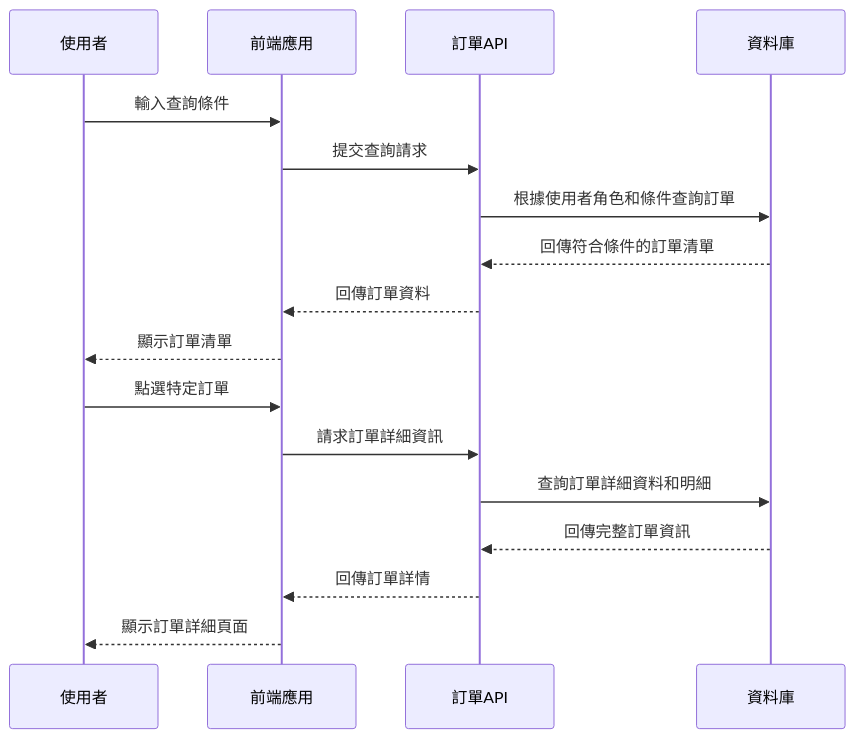
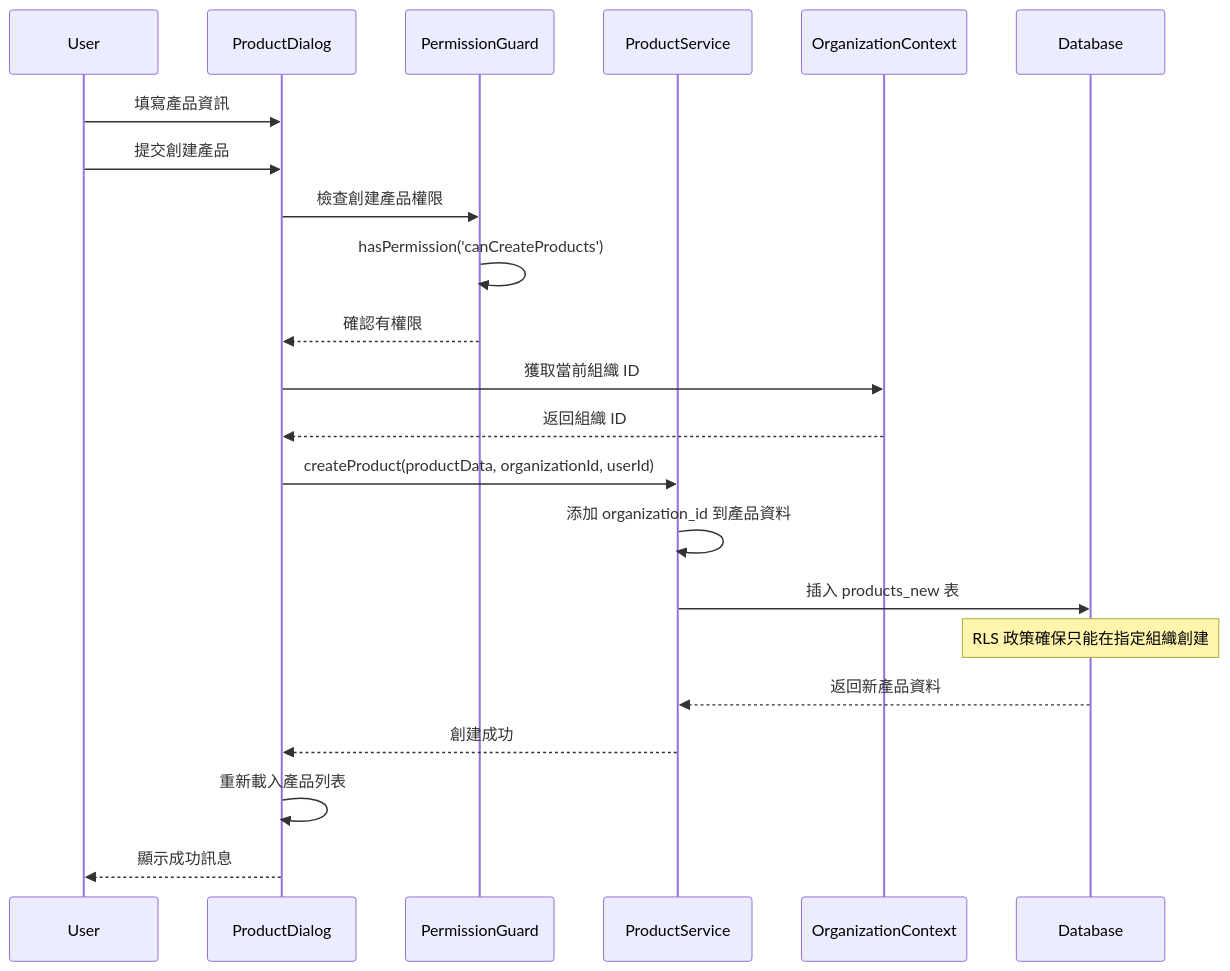
The eighth of 18 diagrams in docs/SEQUENCE_DIAGRAMS.md (quinticechen/qerp-system), drawn with Mermaid before and after one commit. The commit also changed other lines of this file and 9 other files, not shown here.

First line of the commit message:
feat: Enhance organization permission management

````diff
--- a/docs/SEQUENCE_DIAGRAMS.md
+++ b/docs/SEQUENCE_DIAGRAMS.md
@@ -178,21 +237,30 @@
 ```mermaid
 sequenceDiagram
-    participant User as 使用者
-    participant Frontend as 前端應用
-    participant OrderAPI as 訂單API
-    participant DB as 資料庫
+    participant U as User
+    participant UI as ProductDialog
+    participant PG as PermissionGuard
+    participant PS as ProductService
+    participant OC as OrganizationContext
+    participant DB as Database
 
-    User->>Frontend: 輸入查詢條件
-    Frontend->>OrderAPI: 提交查詢請求
-    OrderAPI->>DB: 根據使用者角色和條件查詢訂單
-    DB-->>OrderAPI: 回傳符合條件的訂單清單
-    OrderAPI-->>Frontend: 回傳訂單資料
-    Frontend-->>User: 顯示訂單清單
+    U->>UI: 填寫產品資訊
+    U->>UI: 提交創建產品
     
-    User->>Frontend: 點選特定訂單
-    Frontend->>OrderAPI: 請求訂單詳細資訊
-    OrderAPI->>DB: 查詢訂單詳細資料和明細
-    DB-->>OrderAPI: 回傳完整訂單資訊
-    OrderAPI-->>Frontend: 回傳訂單詳情
-    Frontend-->>User: 顯示訂單詳細頁面
+    UI->>PG: 檢查創建產品權限
+    PG->>PG: hasPermission('canCreateProducts')
+    PG-->>UI: 確認有權限
+    
+    UI->>OC: 獲取當前組織 ID
+    OC-->>UI: 返回組織 ID
+    
+    UI->>PS: createProduct(productData, organizationId, userId)
+    PS->>PS: 添加 organization_id 到產品資料
+    PS->>DB: 插入 products_new 表
+    
+    Note over DB: RLS 政策確保只能在指定組織創建
+    
+    DB-->>PS: 返回新產品資料
+    PS-->>UI: 創建成功
+    UI->>UI: 重新載入產品列表
+    UI-->>U: 顯示成功訊息
 ```
````
